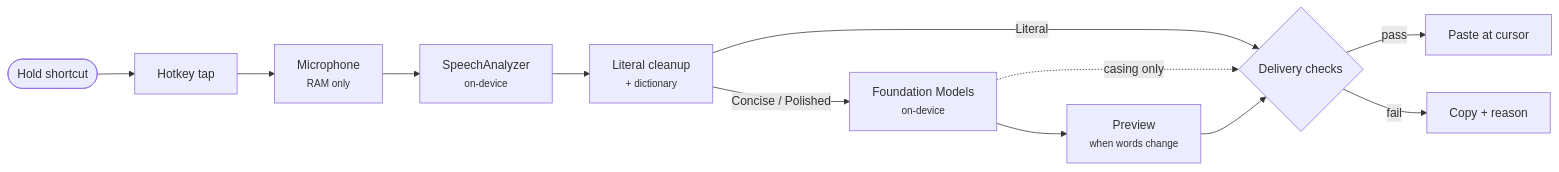
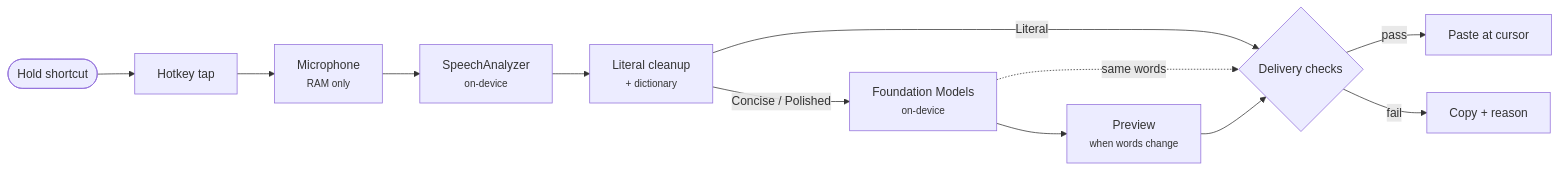
The diagram in README.md (sbui056/speak), drawn with Mermaid before and after one commit. The commit also changed other lines of this file and 49 other files, not shown here.

````diff
--- a/README.md
+++ b/README.md
@@ -67,14 +66,14 @@
 ```mermaid
 flowchart LR
   key(["Hold shortcut"]) --> tap["Hotkey tap"]
   tap --> mic["Microphone<br/><small>RAM only</small>"]
   mic --> stt["SpeechAnalyzer<br/><small>on-device</small>"]
   stt --> clean["Literal cleanup<br/><small>+ dictionary</small>"]
   clean -->|Concise / Polished| rw["Foundation Models<br/><small>on-device</small>"]
   rw --> pv["Preview<br/><small>when words change</small>"]
   clean -->|Literal| rules{"Delivery checks"}
-  rw -.->|casing only| rules
+  rw -.->|same words| rules
   pv --> rules
   rules -->|pass| paste["Paste at cursor"]
   rules -->|fail| copy["Copy + reason"]
 ```
````
